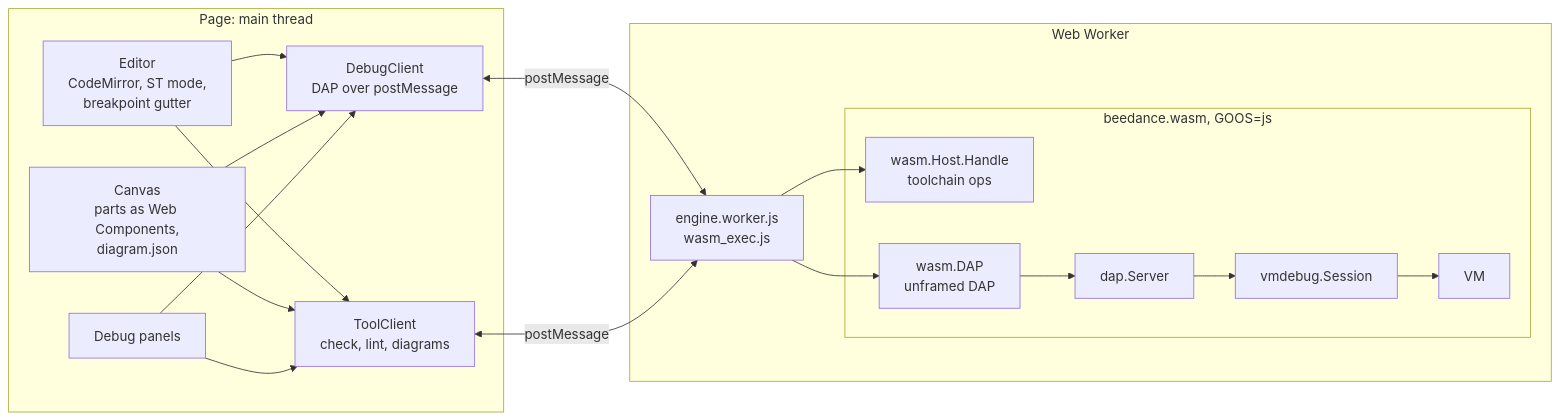
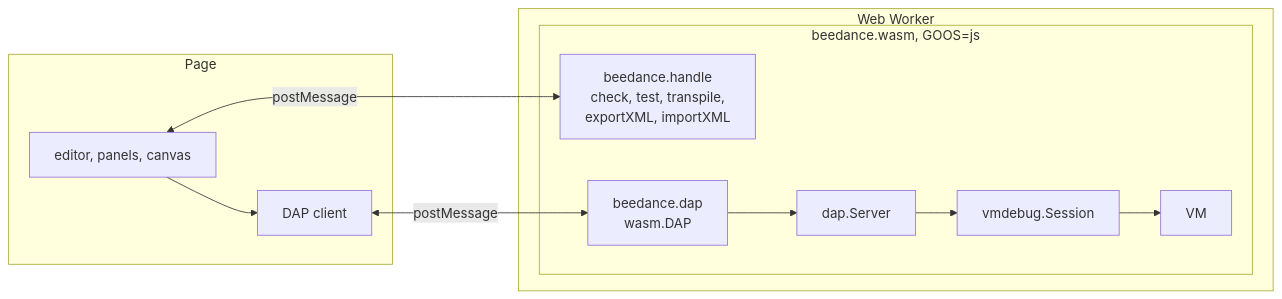
The diagram in doc/web-debugger.md (apiarytech/beedance), drawn with Mermaid before and after one commit. The commit also changed other lines of this file and 40 other files, not shown here.

````diff
--- a/doc/web-debugger.md
+++ b/doc/web-debugger.md
@@ -42,21 +16,16 @@
 ```mermaid
 flowchart LR
-    subgraph page[Page: main thread]
-      ed[Editor<br/>CodeMirror, ST mode,<br/>breakpoint gutter]
-      cv[Canvas<br/>parts as Web Components,<br/>diagram.json]
-      dp[Debug panels]
-      dc[DebugClient<br/>DAP over postMessage]
-      tc[ToolClient<br/>check, lint, diagrams]
-      ed & cv & dp --> dc & tc
+    subgraph page[Page]
+      ui[editor, panels, canvas]
+      dc[DAP client]
+      ui --> dc
     end
     subgraph worker[Web Worker]
-      we[engine.worker.js<br/>wasm_exec.js]
       subgraph mod[beedance.wasm, GOOS=js]
-        h[wasm.Host.Handle<br/>toolchain ops]
-        d[wasm.DAP<br/>unframed DAP] --> srv[dap.Server] --> vs[vmdebug.Session] --> vm[VM]
+        h[beedance.handle<br/>check, test, transpile,<br/>exportXML, importXML]
+        d[beedance.dap<br/>wasm.DAP] --> srv[dap.Server] --> vs[vmdebug.Session] --> vm[VM]
       end
-      we --> h & d
     end
-    dc <-->|postMessage| we
-    tc <-->|postMessage| we
+    dc <-->|postMessage| d
+    ui <-->|postMessage| h
 ```
````
